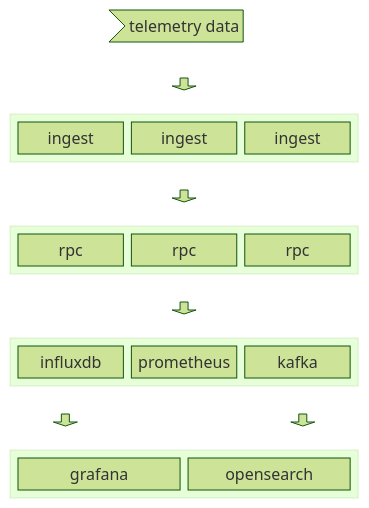
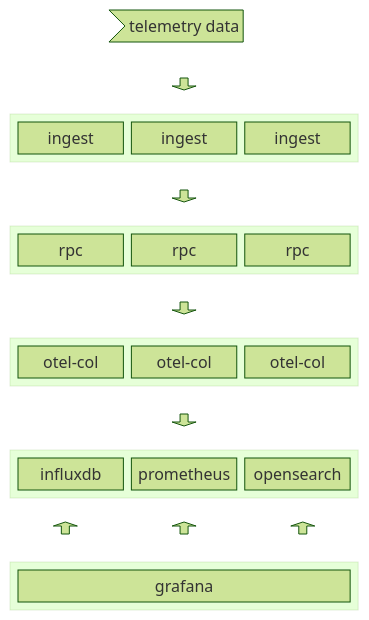
The diagram in readme.md (Isnor/formulatel), drawn with Mermaid (forest theme) before and after one commit. The commit also changed other lines of this file, not shown here.

Commit message:
update diagram

````diff
--- a/readme.md
+++ b/readme.md
@@ -65,35 +66,42 @@
 ```mermaid
 block-beta
 columns 3
 tel>"telemetry data"]:3
 space down1<[" "]>(down) space
 
 block:ingest_servcice:3
     i1["ingest"]
     i2["ingest"]
     i3["ingest"]
 end
 
 space down2<[" "]>(down) space
 
 block:rpc_service:3
     r1["rpc"]
     r2["rpc"]
     r3["rpc"]
 end
 
 space down3<[" "]>(down) space
 
+block:otel_col:3
+    otel1["otel-col"]
+    otel2["otel-col"]
+    otel3["otel-col"]
+end
+
+space down4<[" "]>(down) space
+
 block:datastore:3
     influxdb
     prometheus
-    kafka
+    opensearch
 end
 
-down5<[" "]>(down) space down4<[" "]>(down)
+up1<[" "]>(up) up2<[" "]>(up) up3<[" "]>(up)
 
 block:visualize:3
     grafana
-    opensearch
 end
 ```
````
